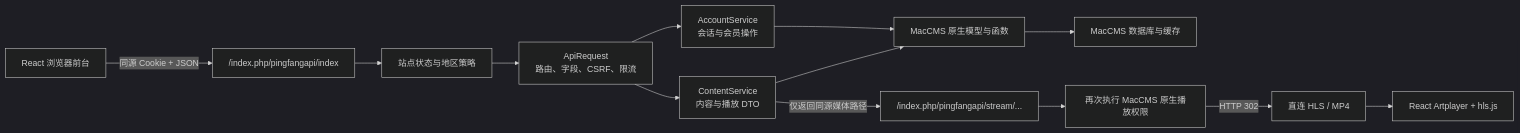
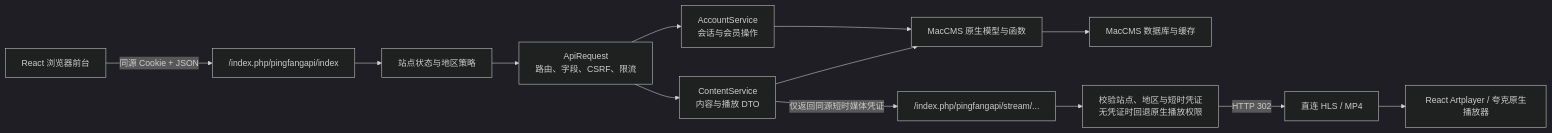
The diagram in docs/pingfangapi.md (liziyang000/SquaredMedia), drawn with Mermaid (dark theme) before and after one commit. The commit also changed other lines of this file and 32 other files, not shown here.

Commit message:
feat: improve React accounts and native playback

````diff
--- a/docs/pingfangapi.md
+++ b/docs/pingfangapi.md
@@ -42,15 +42,15 @@
 ```mermaid
 flowchart LR
     React["React 浏览器前台"] -->|"同源 Cookie + JSON"| Entry["/index.php/pingfangapi/index"]
     Entry --> Guard["站点状态与地区策略"]
     Guard --> Request["ApiRequest\n路由、字段、CSRF、限流"]
     Request --> Content["ContentService\n内容与播放 DTO"]
     Request --> Account["AccountService\n会话与会员操作"]
     Content --> Core["MacCMS 原生模型与函数"]
     Account --> Core
     Core --> DB["MacCMS 数据库与缓存"]
-    Content -->|"仅返回同源媒体路径"| Stream["/index.php/pingfangapi/stream/..."]
-    Stream --> Native["再次执行 MacCMS 原生播放权限"]
-    Native -->|"HTTP 302"| Media["直连 HLS / MP4"]
-    Media --> Artplayer["React Artplayer + hls.js"]
+    Content -->|"仅返回同源短时媒体凭证"| Stream["/index.php/pingfangapi/stream/..."]
+    Stream --> Grant["校验站点、地区与短时凭证\n无凭证时回退原生播放权限"]
+    Grant -->|"HTTP 302"| Media["直连 HLS / MP4"]
+    Media --> Player["React Artplayer / 夸克原生播放器"]
 ```
````
